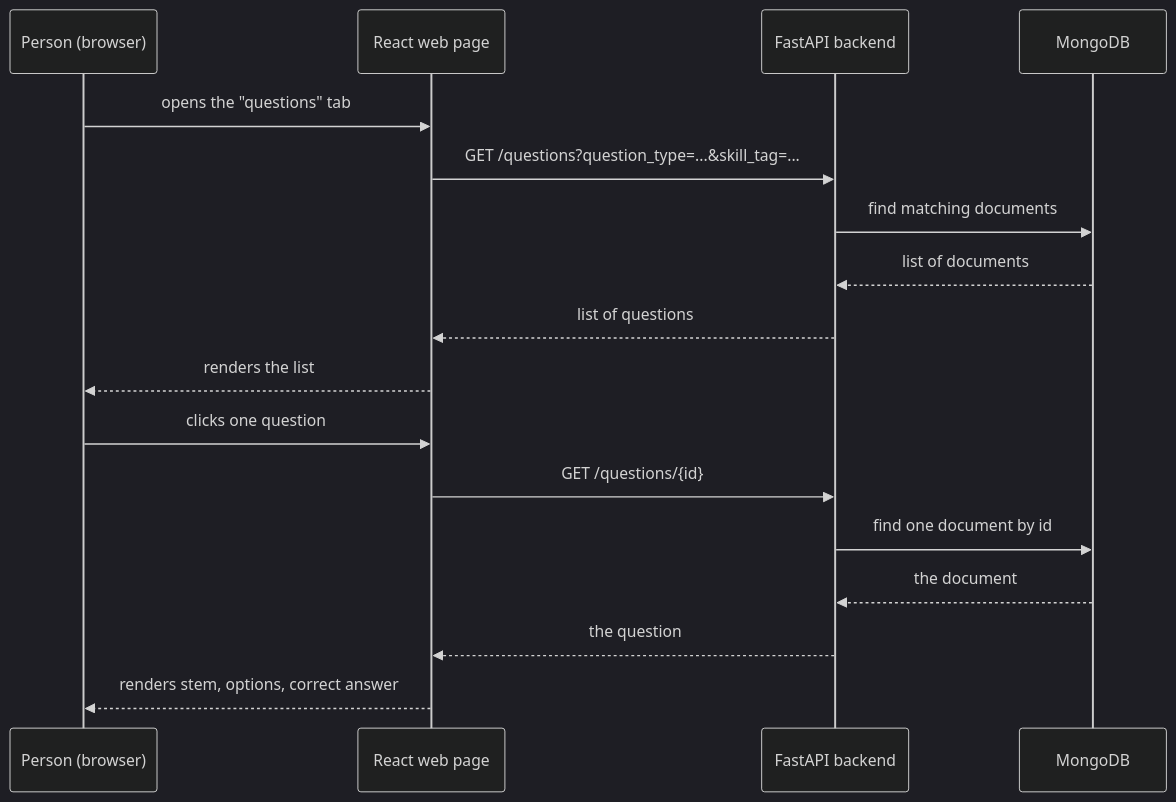
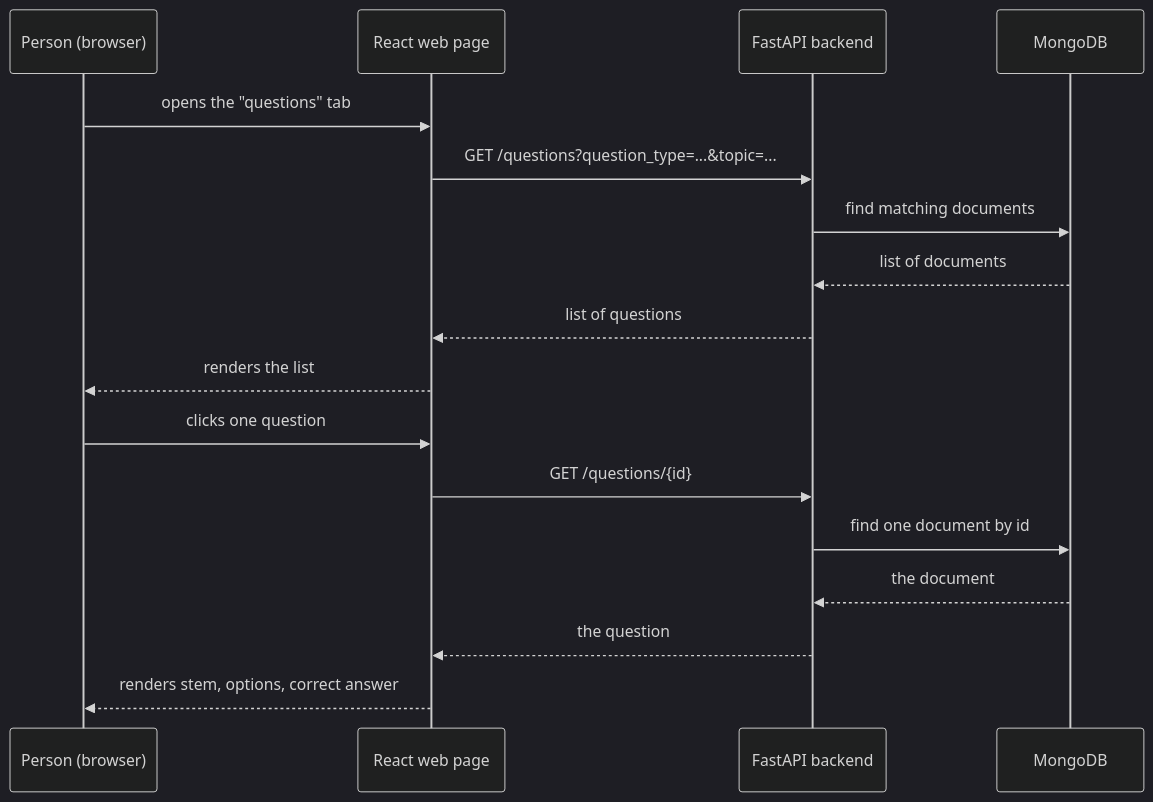
One commit to danilomsilva/question-bench changed the fourth of 10 diagrams in docs/architecture.md. Above: the diagram before and after it, drawn with Mermaid (dark theme). The commit also changed other lines of this file and 26 other files, not shown here.

First line of the commit message:
refactor: rename skill_tag to topic across backend, frontend, and docs

````diff
--- a/docs/architecture.md
+++ b/docs/architecture.md
@@ -102,21 +102,21 @@
 ```mermaid
 sequenceDiagram
     participant U as Person (browser)
     participant F as React web page
     participant A as FastAPI backend
     participant D as MongoDB
 
     U->>F: opens the "questions" tab
-    F->>A: GET /questions?question_type=...&skill_tag=...
+    F->>A: GET /questions?question_type=...&topic=...
     A->>D: find matching documents
     D-->>A: list of documents
     A-->>F: list of questions
     F-->>U: renders the list
 
     U->>F: clicks one question
     F->>A: GET /questions/{id}
     A->>D: find one document by id
     D-->>A: the document
     A-->>F: the question
     F-->>U: renders stem, options, correct answer
 ```
````
